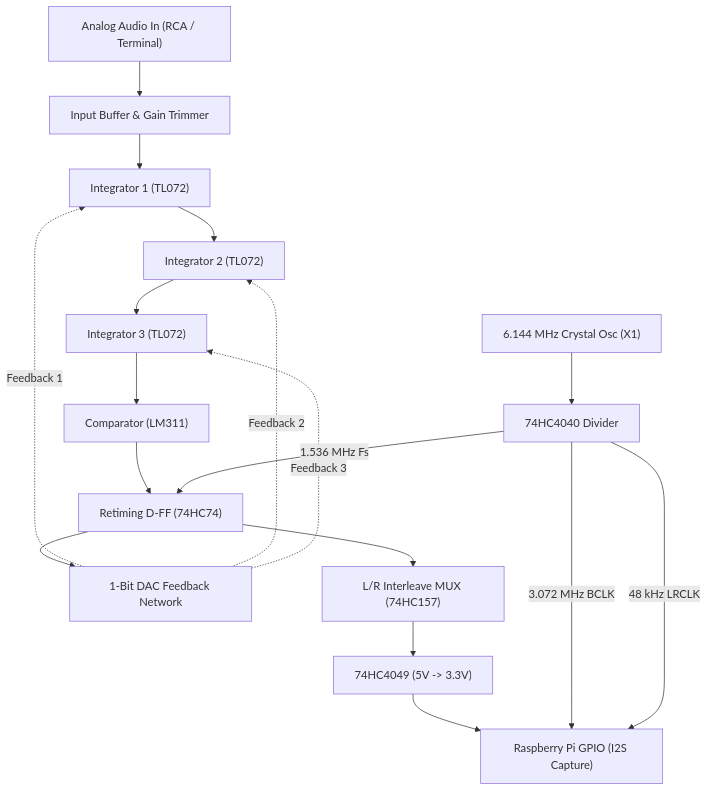
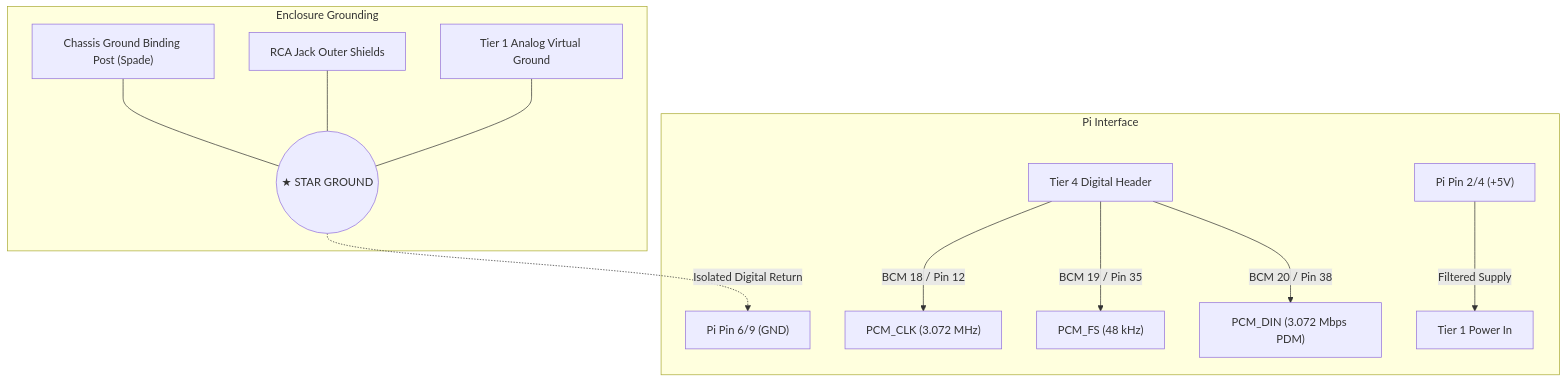
The diagram in README.md (MadsRudolph/vinyl-adc), drawn with Mermaid before and after one commit. The commit also changed other lines of this file and 8 other files, not shown here.

````diff
--- a/README.md
+++ b/README.md
@@ -34,20 +111,16 @@
 ```mermaid
 graph TD
-    AnalogIn["Analog Audio In (RCA / Terminal)"] --> Pre["Input Buffer & Gain Trimmer"]
-    Pre --> INT1["Integrator 1 (TL072)"]
-    INT1 --> INT2["Integrator 2 (TL072)"]
-    INT2 --> INT3["Integrator 3 (TL072)"]
-    INT3 --> Comp["Comparator (LM311)"]
-    Comp --> DFF["Retiming D-FF (74HC74)"]
-    DFF --> DAC["1-Bit DAC Feedback Network"]
-    DAC -.->|Feedback 1| INT1
-    DAC -.->|Feedback 2| INT2
-    DAC -.->|Feedback 3| INT3
-    DFF --> Mux["L/R Interleave MUX (74HC157)"]
-    Mux --> LevelShift["74HC4049 (5V -> 3.3V)"]
-    LevelShift --> Pi["Raspberry Pi GPIO (I2S Capture)"]
-    Clock["6.144 MHz Crystal Osc (X1)"] --> Divider["74HC4040 Divider"]
-    Divider -->|1.536 MHz Fs| DFF
-    Divider -->|3.072 MHz BCLK| Pi
-    Divider -->|48 kHz LRCLK| Pi
+    subgraph Enclosure Grounding
+        TT_Post["Chassis Ground Binding Post (Spade)"] --- StarGround(("★ STAR GROUND"))
+        RCA_Shield["RCA Jack Outer Shields"] --- StarGround
+        Board1_GND["Tier 1 Analog Virtual Ground"] --- StarGround
+    end
+
+    subgraph Pi Interface
+        StarGround -.->|Isolated Digital Return| Pi_GND["Pi Pin 6/9 (GND)"]
+        Digital_Bus["Tier 4 Digital Header"] -->|BCM 18 / Pin 12| Pi_BCLK["PCM_CLK (3.072 MHz)"]
+        Digital_Bus -->|BCM 19 / Pin 35| Pi_LRCLK["PCM_FS (48 kHz)"]
+        Digital_Bus -->|BCM 20 / Pin 38| Pi_DIN["PCM_DIN (3.072 Mbps PDM)"]
+        Pi_Power["Pi Pin 2/4 (+5V)"] -->|Filtered Supply| Power_Rail["Tier 1 Power In"]
+    end
 ```
````
